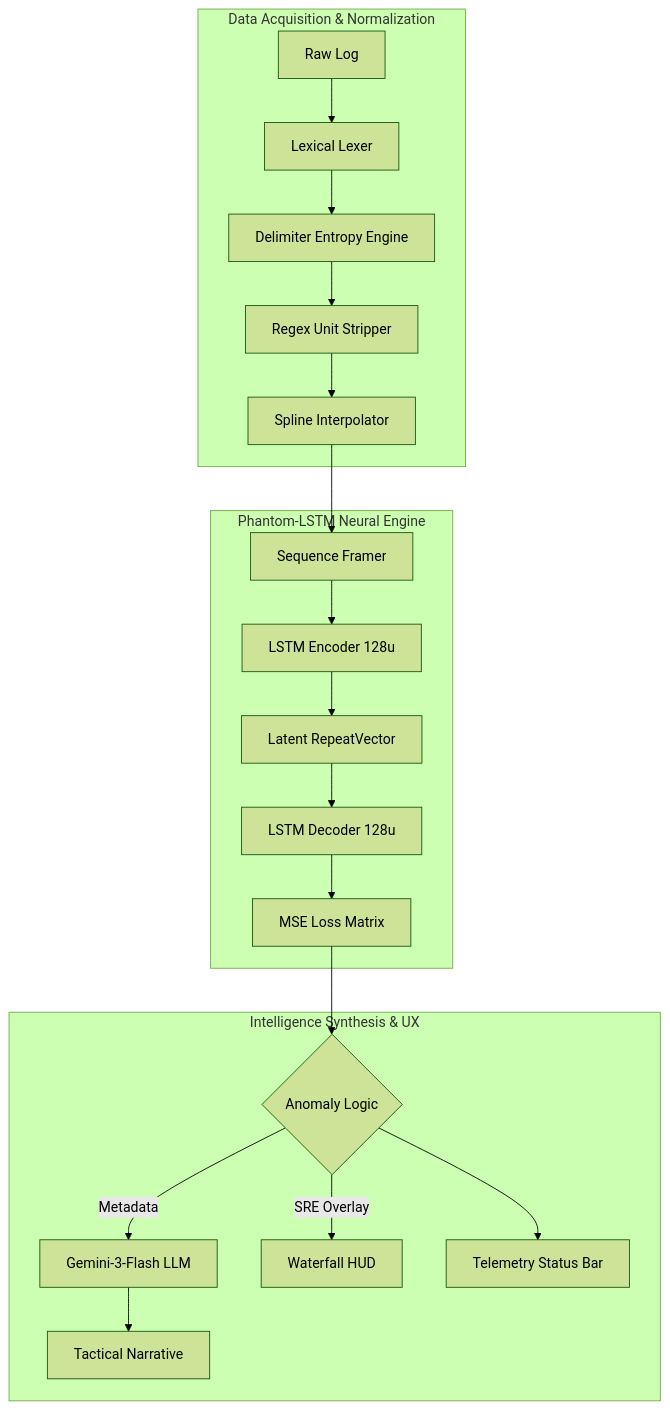
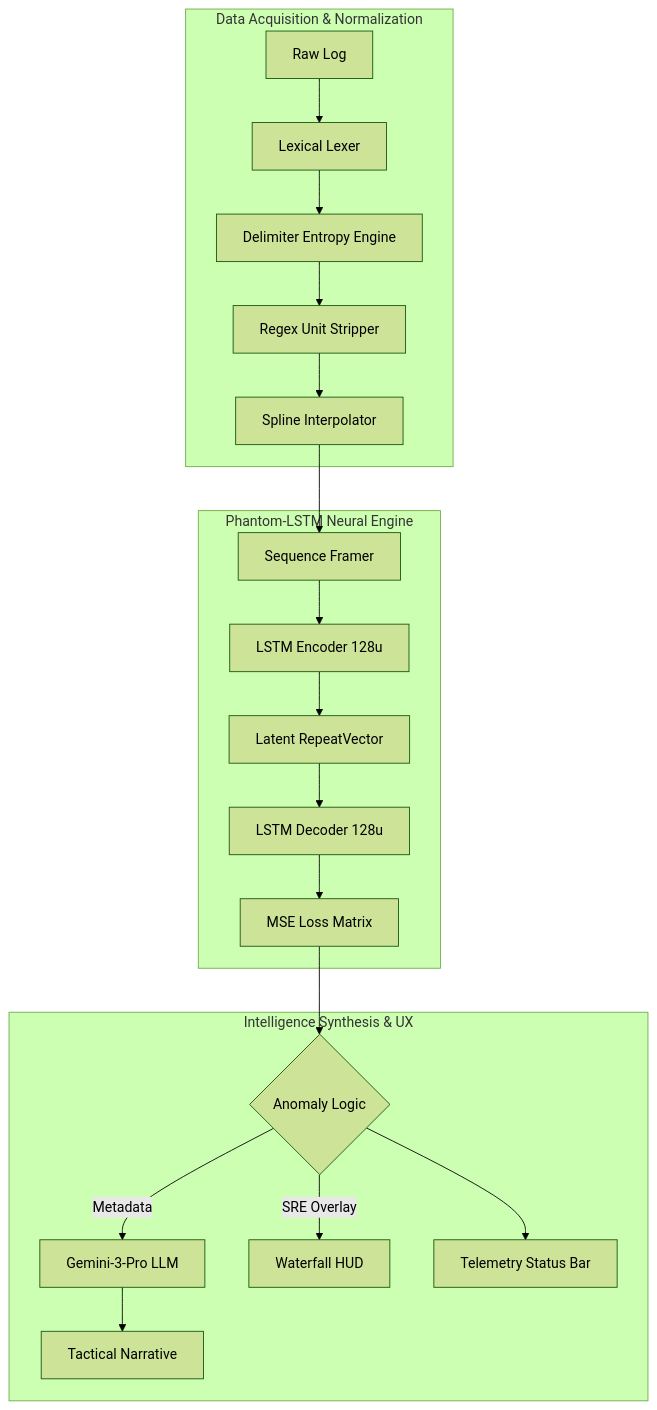
The diagram in TECHNICAL_DOCUMENTATION.md (ritvikindupuri/PhantomBand), drawn with Mermaid (forest theme) before and after one commit. The commit also changed other lines of this file and 3 other files, not shown here.

````diff
--- a/TECHNICAL_DOCUMENTATION.md
+++ b/TECHNICAL_DOCUMENTATION.md
@@ -19,25 +19,25 @@
 ```mermaid
 graph TD
     subgraph Layer_1_Ingestion [Data Acquisition & Normalization]
         A1[Raw Log] --> B1[Lexical Lexer]
         B1 --> B2[Delimiter Entropy Engine]
         B2 --> B3[Regex Unit Stripper]
         B3 --> B4[Spline Interpolator]
     end
 
     subgraph Layer_2_ML_Core [Phantom-LSTM Neural Engine]
         B4 --> C1[Sequence Framer]
         C1 --> C2[LSTM Encoder 128u]
         C2 --> C3[Latent RepeatVector]
         C3 --> C4[LSTM Decoder 128u]
         C4 --> C5[MSE Loss Matrix]
     end
 
     subgraph Layer_3_HUD [Intelligence Synthesis & UX]
         C5 --> D1{Anomaly Logic}
-        D1 -->|Metadata| E1[Gemini-3-Flash LLM]
+        D1 -->|Metadata| E1[Gemini-3-Pro LLM]
         D1 -->|SRE Overlay| F1[Waterfall HUD]
         E1 --> G1[Tactical Narrative]
         D1 --> H1[Telemetry Status Bar]
     end
 ```
````
